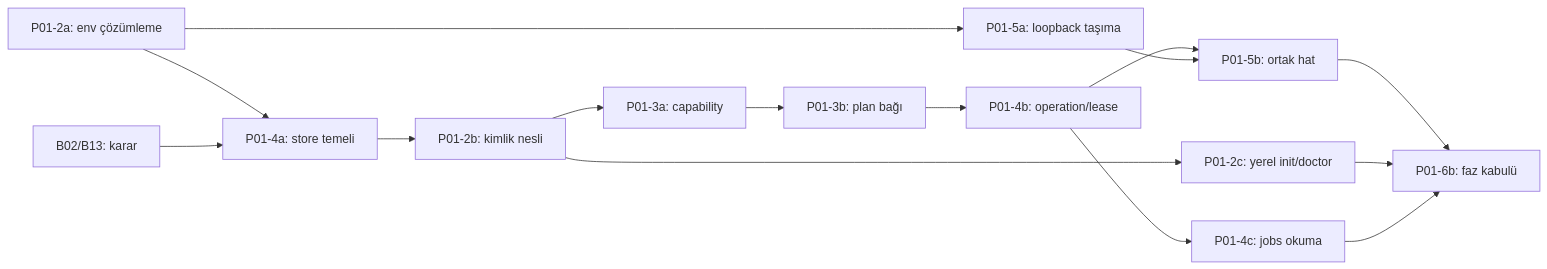
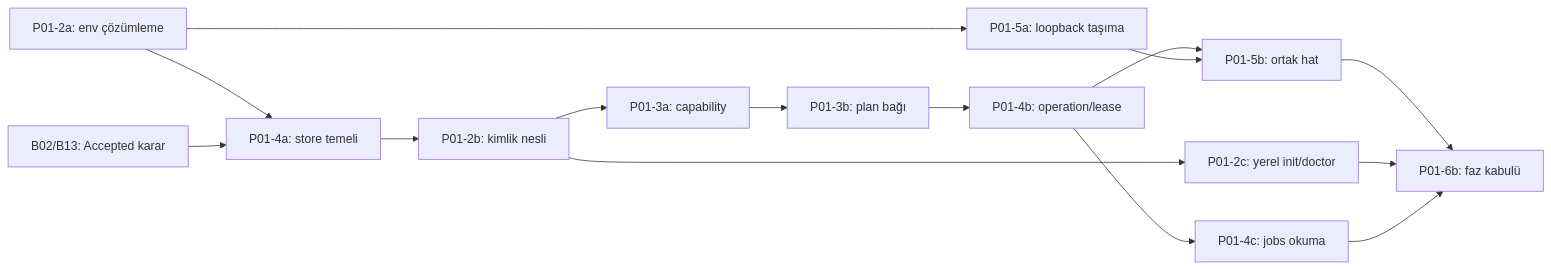
Before and after one commit to HodeTech/Yorunge: the diagram in docs/roadmap/phase-01-core.md, drawn with Mermaid. The commit also changed other lines of this file and 18 other files, not shown here.

````diff
--- a/docs/roadmap/phase-01-core.md
+++ b/docs/roadmap/phase-01-core.md
@@ -48,14 +48,14 @@
 ```mermaid
 flowchart LR
     A["P01-2a: env çözümleme"] --> S["P01-4a: store temeli"]
-    D["B02/B13: karar"] --> S
+    D["B02/B13: Accepted karar"] --> S
     S --> I["P01-2b: kimlik nesli"]
     I --> C["P01-3a: capability"] --> P["P01-3b: plan bağı"]
     P --> O["P01-4b: operation/lease"] --> T["P01-5b: ortak hat"]
     A --> H["P01-5a: loopback taşıma"] --> T
     I --> U["P01-2c: yerel init/doctor"]
     O --> Q["P01-4c: jobs okuma"]
     T --> G["P01-6b: faz kabulü"]
     U --> G
     Q --> G
 ```
````
